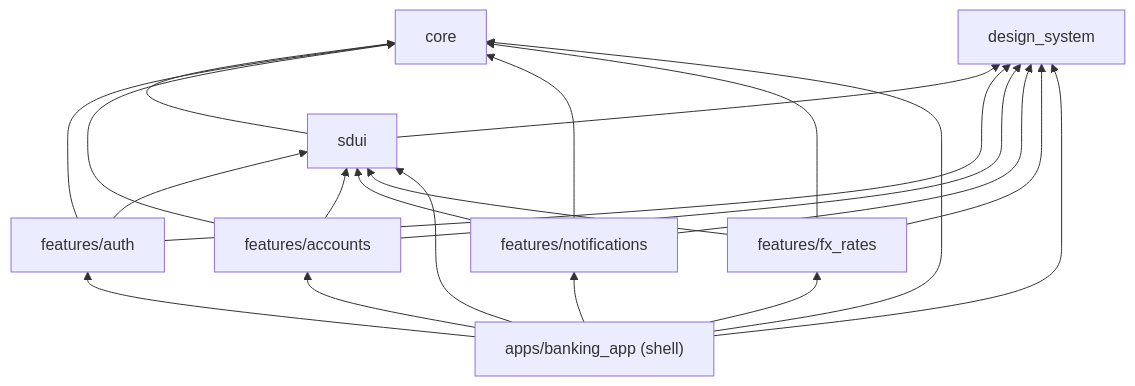
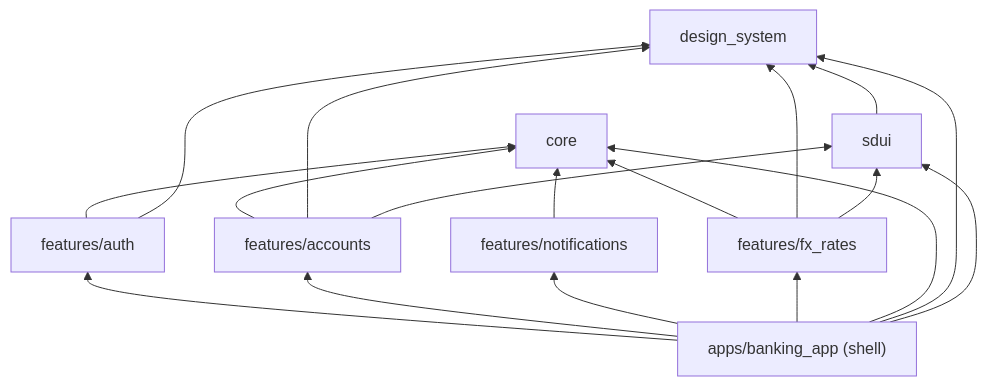
The first of 2 diagrams in docs/architecture/dependencies.md (Denniss2C/bi-digital-banking), drawn with Mermaid before and after one commit. The commit also changed other lines of this file and 11 other files, not shown here.

````diff
--- a/docs/architecture/dependencies.md
+++ b/docs/architecture/dependencies.md
@@ -6,20 +7,19 @@
 ```mermaid
 flowchart BT
     core["core"]
     ds["design_system"]
     sdui["sdui"]
     auth["features/auth"]
     accounts["features/accounts"]
     notif["features/notifications"]
     fx["features/fx_rates"]
     app["apps/banking_app (shell)"]
 
-    sdui --> core
     sdui --> ds
-    auth --> core & ds & sdui
+    auth --> core & ds
     accounts --> core & ds & sdui
-    notif --> core & ds & sdui
+    notif --> core
     fx --> core & ds & sdui
     app --> auth & accounts & notif & fx
     app --> core & ds & sdui
 ```
````
